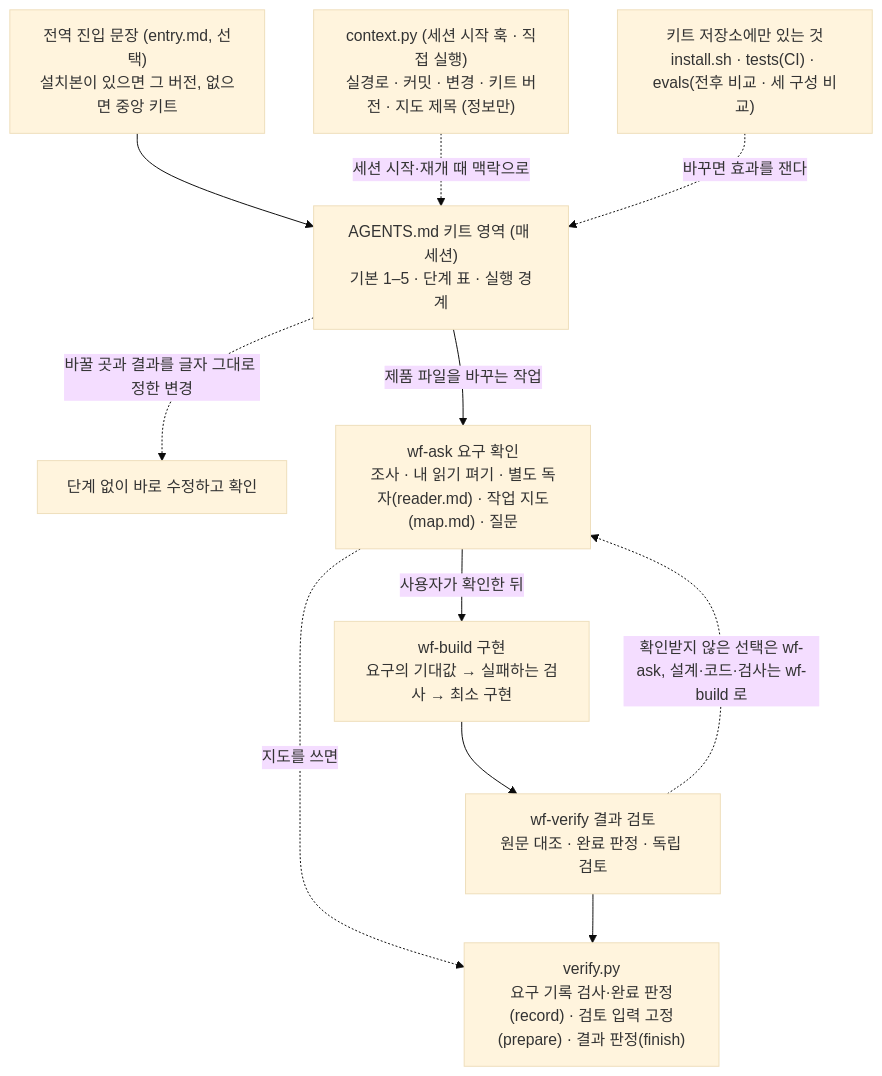
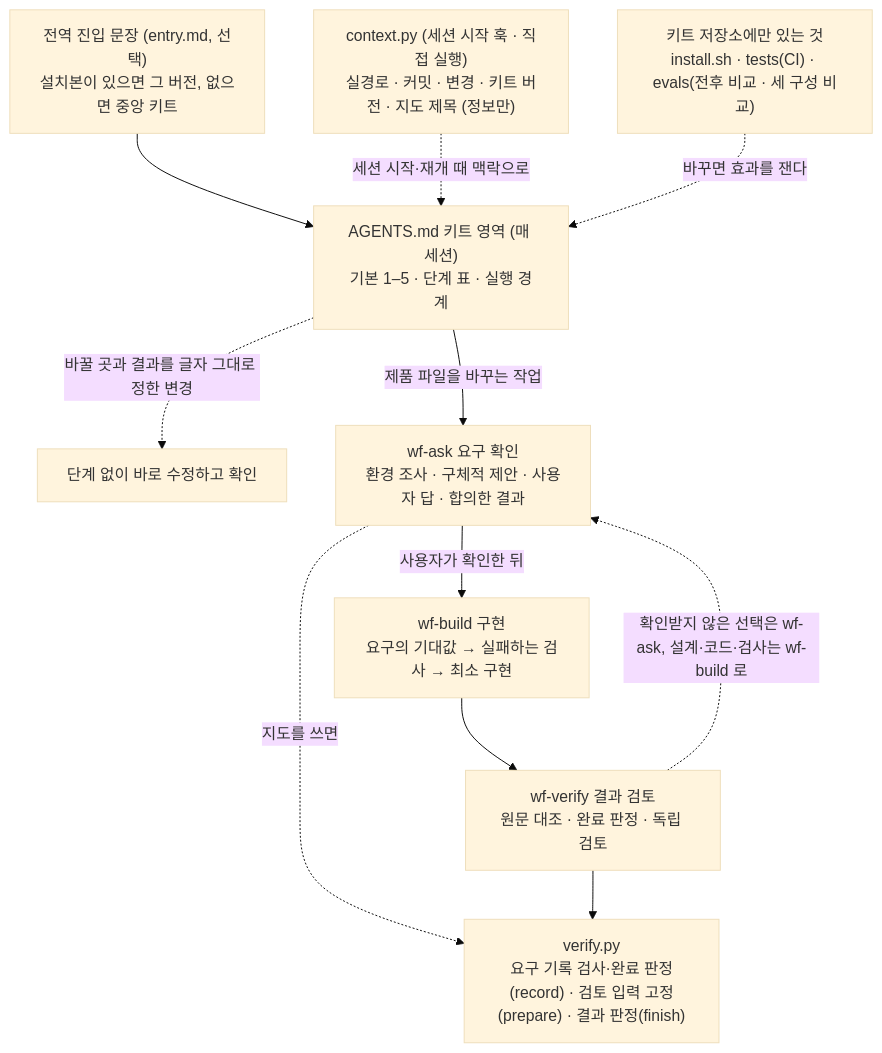
One commit to taehyung-lab/agent-workflow-kit changed the first of 2 diagrams in README.md. Above: the diagram before and after it, drawn with Mermaid (base theme). The commit also changed other lines of this file and 72 other files, not shown here.

Commit message:
Separate record validation from completion and retain proven requirement flow

````diff
--- a/README.md
+++ b/README.md
@@ -29,21 +29,21 @@
 ```mermaid
 flowchart TD
   E["전역 진입 문장 (entry.md, 선택)<br/>설치본이 있으면 그 버전, 없으면 중앙 키트"]
   A["AGENTS.md 키트 영역 (매 세션)<br/>기본 1–5 · 단계 표 · 실행 경계"]
   D["단계 없이 바로 수정하고 확인"]
-  Q["wf-ask 요구 확인<br/>조사 · 내 읽기 펴기 · 별도 독자(reader.md) · 작업 지도(map.md) · 질문"]
+  Q["wf-ask 요구 확인<br/>환경 조사 · 구체적 제안 · 사용자 답 · 합의한 결과"]
   B["wf-build 구현<br/>요구의 기대값 → 실패하는 검사 → 최소 구현"]
   W["wf-verify 결과 검토<br/>원문 대조 · 완료 판정 · 독립 검토"]
   C["context.py (세션 시작 훅 · 직접 실행)<br/>실경로 · 커밋 · 변경 · 키트 버전 · 지도 제목 (정보만)"]
   V["verify.py<br/>요구 기록 검사·완료 판정(record) · 검토 입력 고정(prepare) · 결과 판정(finish)"]
   R["키트 저장소에만 있는 것<br/>install.sh · tests(CI) · evals(전후 비교 · 세 구성 비교)"]
   E --> A
   A -->|제품 파일을 바꾸는 작업| Q
   A -.->|바꿀 곳과 결과를 글자 그대로 정한 변경| D
   Q -->|사용자가 확인한 뒤| B --> W
   W -.->|확인받지 않은 선택은 wf-ask, 설계·코드·검사는 wf-build 로| Q
   C -.->|세션 시작·재개 때 맥락으로| A
   Q -.->|지도를 쓰면| V
   W --> V
   R -.->|바꾸면 효과를 잰다| A
 ```
````
